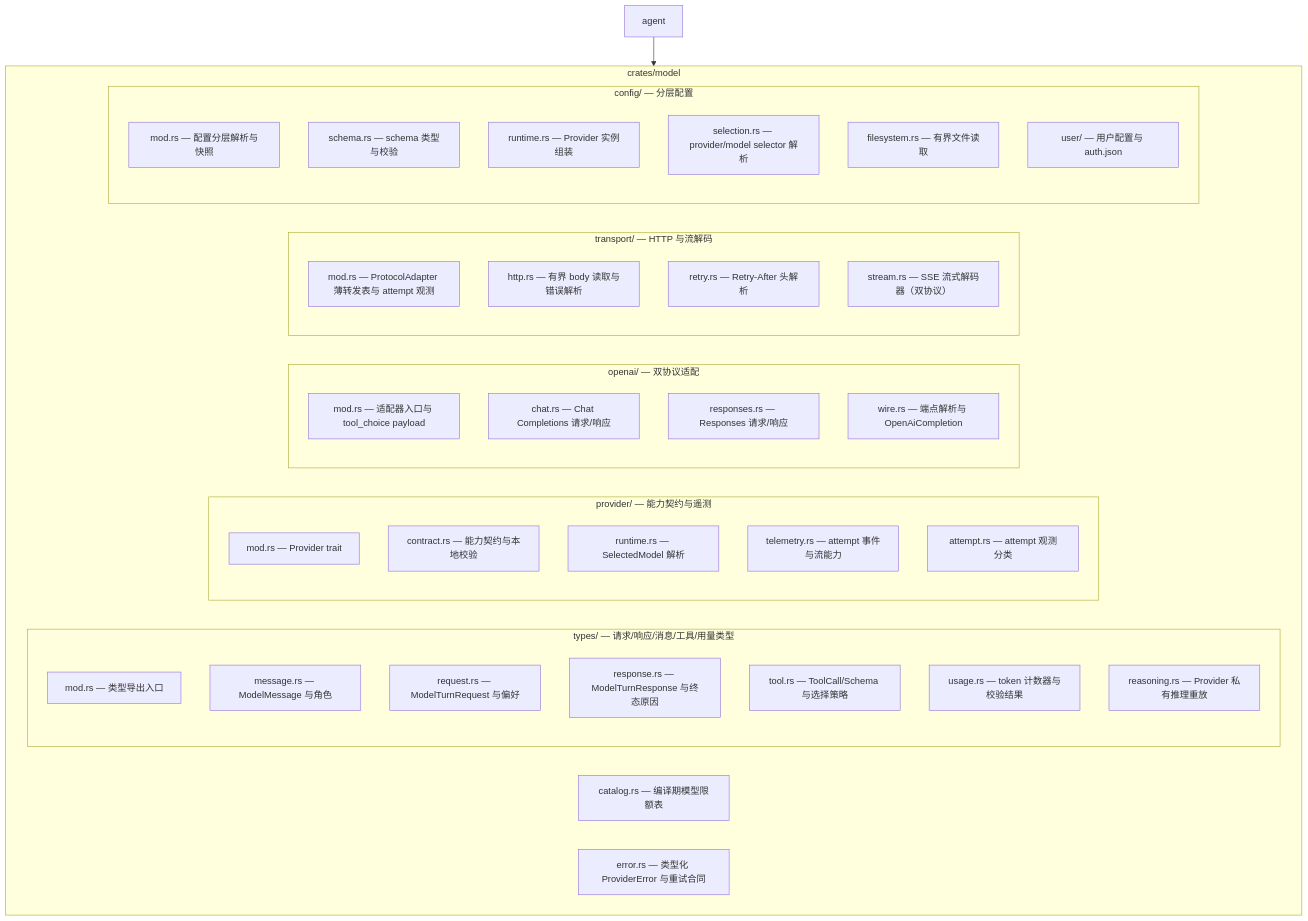
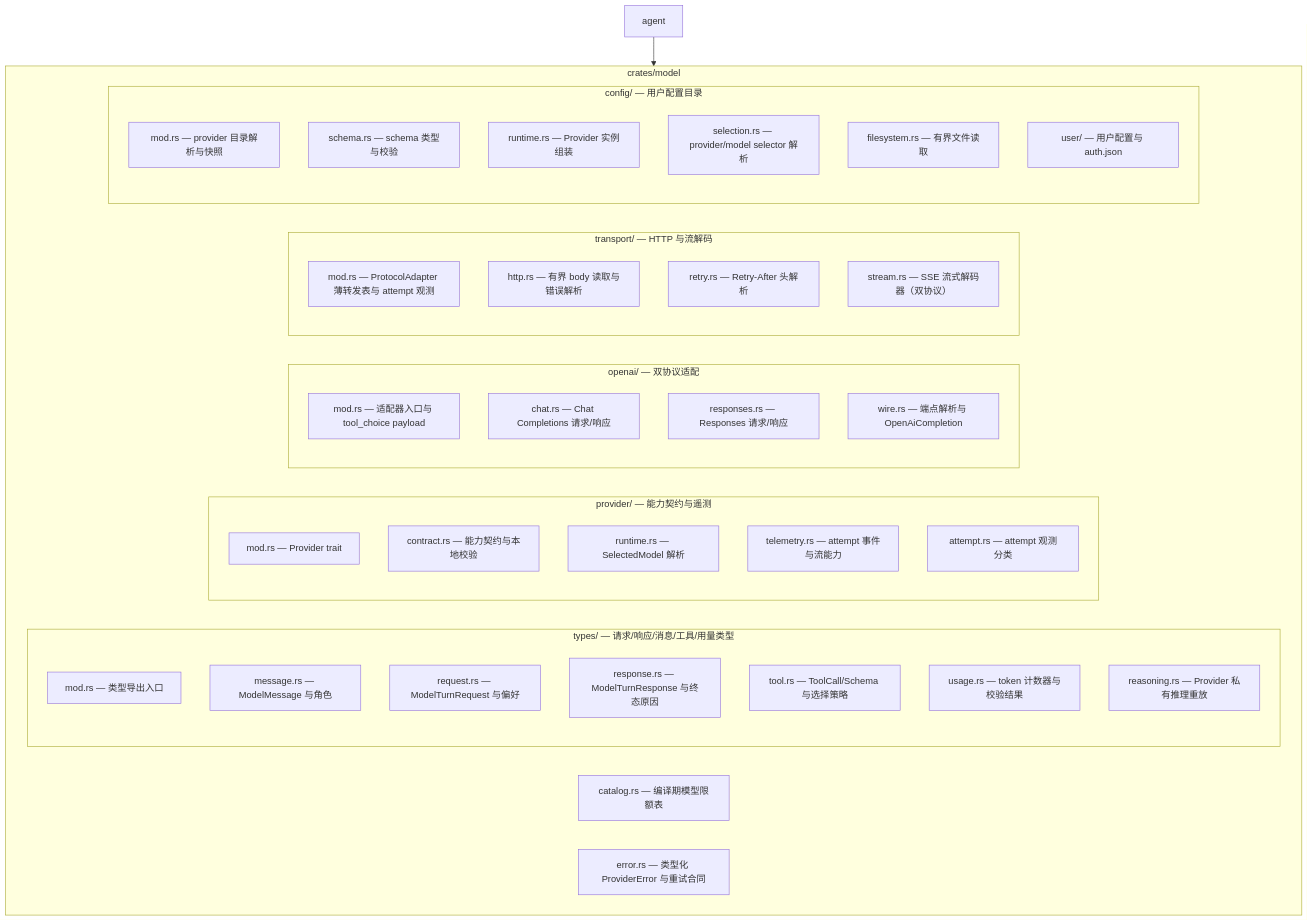
The fifth of 10 diagrams in docs/repository-map.md (qjcnmd/singularity-agent), drawn with Mermaid before and after one commit. The commit also changed 31 other files, not shown here.

````diff
--- a/docs/repository-map.md
+++ b/docs/repository-map.md
@@ -84,44 +84,44 @@
 ```mermaid
 flowchart TD
     subgraph model["crates/model"]
         subgraph types["types/ — 请求/响应/消息/工具/用量类型"]
             t_mod["mod.rs — 类型导出入口"]
             t_message["message.rs — ModelMessage 与角色"]
             t_request["request.rs — ModelTurnRequest 与偏好"]
             t_response["response.rs — ModelTurnResponse 与终态原因"]
             t_tool["tool.rs — ToolCall/Schema 与选择策略"]
             t_usage["usage.rs — token 计数器与校验结果"]
             t_reasoning["reasoning.rs — Provider 私有推理重放"]
         end
         subgraph provider["provider/ — 能力契约与遥测"]
             p_mod["mod.rs — Provider trait"]
             p_contract["contract.rs — 能力契约与本地校验"]
             p_runtime["runtime.rs — SelectedModel 解析"]
             p_telemetry["telemetry.rs — attempt 事件与流能力"]
             p_attempt["attempt.rs — attempt 观测分类"]
         end
         subgraph openai["openai/ — 双协议适配"]
             o_mod["mod.rs — 适配器入口与 tool_choice payload"]
             o_chat["chat.rs — Chat Completions 请求/响应"]
             o_responses["responses.rs — Responses 请求/响应"]
             o_wire["wire.rs — 端点解析与 OpenAiCompletion"]
         end
         subgraph transport["transport/ — HTTP 与流解码"]
             tr_mod["mod.rs — ProtocolAdapter 薄转发表与 attempt 观测"]
             tr_http["http.rs — 有界 body 读取与错误解析"]
             tr_retry["retry.rs — Retry-After 头解析"]
             tr_stream["stream.rs — SSE 流式解码器（双协议）"]
         end
-        subgraph config["config/ — 分层配置"]
-            cfg_mod["mod.rs — 配置分层解析与快照"]
+        subgraph config["config/ — 用户配置目录"]
+            cfg_mod["mod.rs — provider 目录解析与快照"]
             cfg_schema["schema.rs — schema 类型与校验"]
             cfg_runtime["runtime.rs — Provider 实例组装"]
             cfg_selection["selection.rs — provider/model selector 解析"]
             cfg_filesystem["filesystem.rs — 有界文件读取"]
             cfg_user["user/ — 用户配置与 auth.json"]
         end
         catalog["catalog.rs — 编译期模型限额表"]
         error["error.rs — 类型化 ProviderError 与重试合同"]
     end
     agent["agent"] --> model
 ```
````
